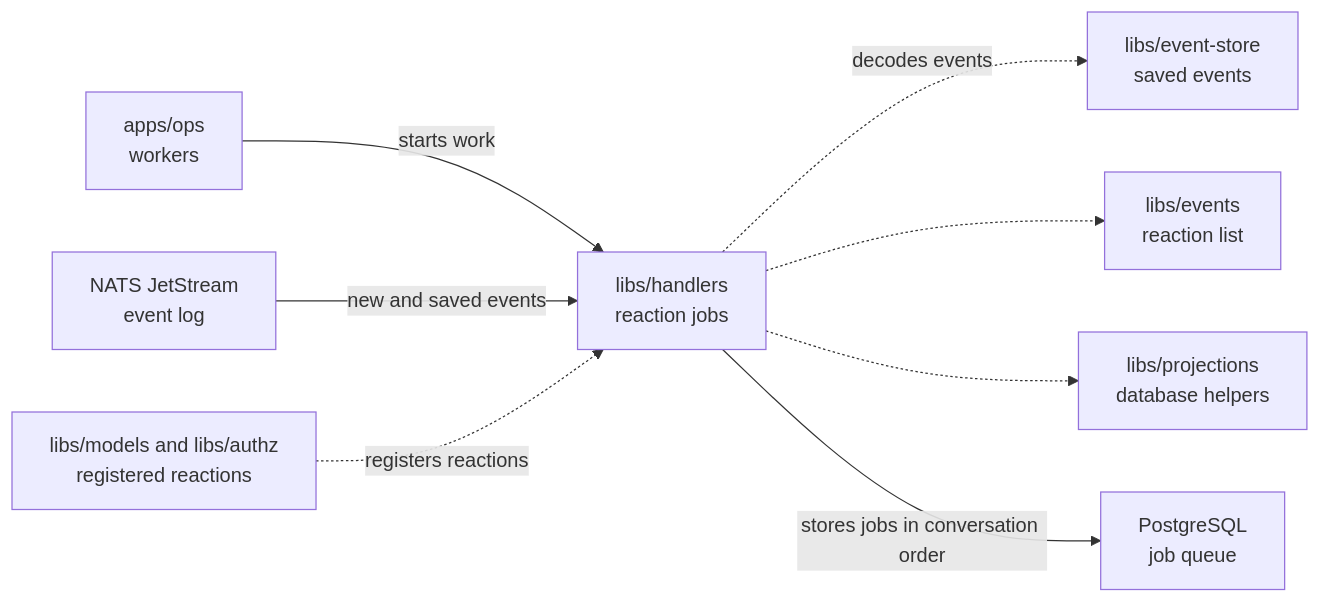
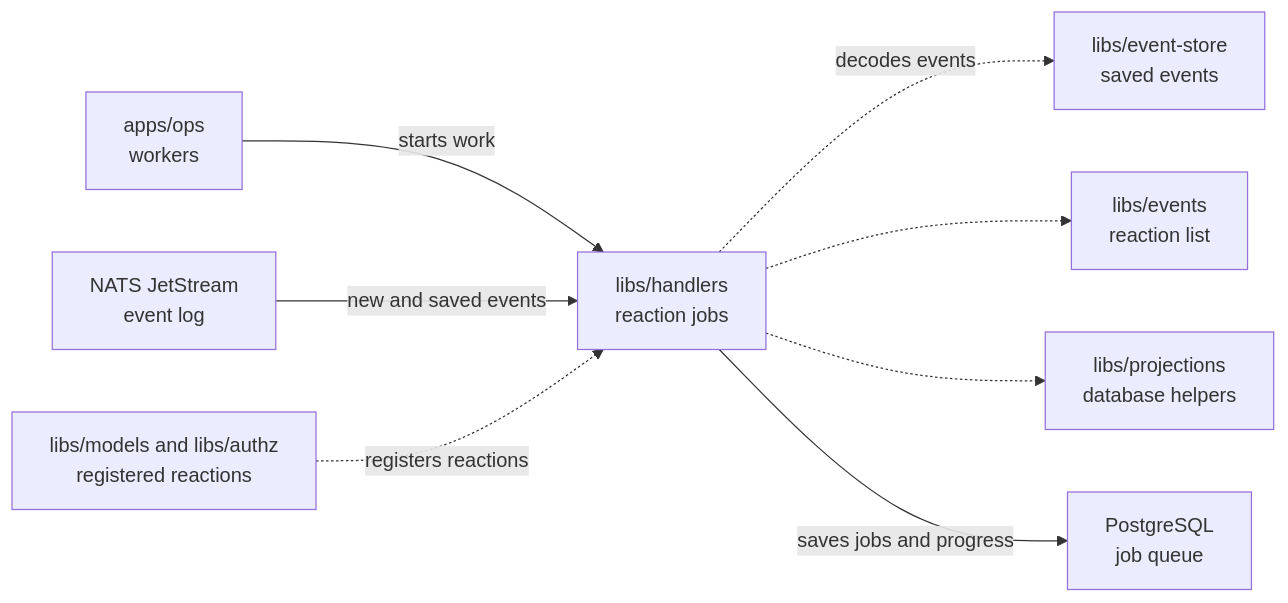
Before and after one commit to elewa-git/opencrane-new: the diagram in libs/handlers/README.md, drawn with Mermaid. The commit also changed other lines of this file and 26 other files, not shown here.

````diff
--- a/libs/handlers/README.md
+++ b/libs/handlers/README.md
@@ -28,10 +28,10 @@
 ```mermaid
 flowchart LR
   ops["apps/ops<br/>workers"] -->|starts work| handlers["libs/handlers<br/>reaction jobs"]
   nats["NATS JetStream<br/>event log"] -->|new and saved events| handlers
   reactions["libs/models and libs/authz<br/>registered reactions"] -.->|registers reactions| handlers
   handlers -.->|decodes events| store["libs/event-store<br/>saved events"]
   handlers -.-> events["libs/events<br/>reaction list"]
   handlers -.-> projections["libs/projections<br/>database helpers"]
-  handlers -->|stores jobs in conversation order| pg["PostgreSQL<br/>job queue"]
+  handlers -->|saves jobs and progress| pg["PostgreSQL<br/>job queue"]
 ```
````
